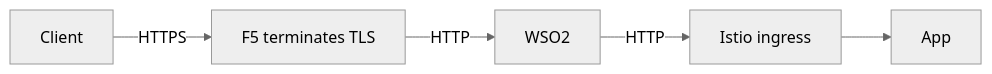
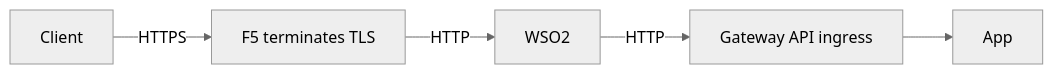
Before and after one commit to zeshaq/tutorials-presentations-docs: the first of 4 diagrams in gateway patterns/04-tls-termination-and-trust-models.md, drawn with Mermaid (neutral theme). The commit also changed other lines of this file and 10 other files, not shown here.

````diff
--- a/gateway patterns/04-tls-termination-and-trust-models.md
+++ b/gateway patterns/04-tls-termination-and-trust-models.md
@@ -7,7 +7,7 @@
 ```mermaid
 flowchart LR
     C["Client"] -->|"HTTPS"| F5["F5 terminates TLS"]
     F5 -->|"HTTP"| W["WSO2"]
-    W -->|"HTTP"| I["Istio ingress"]
+    W -->|"HTTP"| I["Gateway API ingress"]
     I --> APP["App"]
 ```
````
